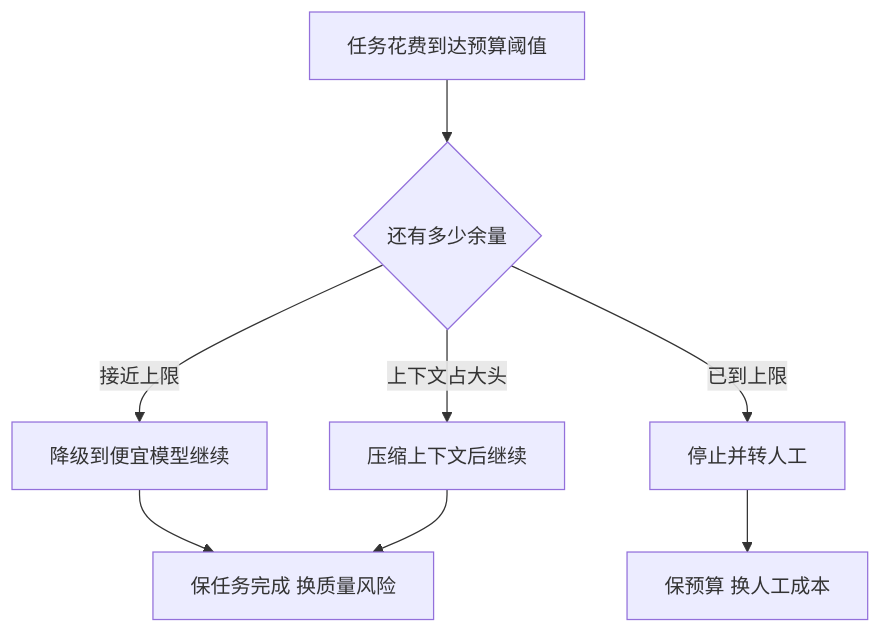
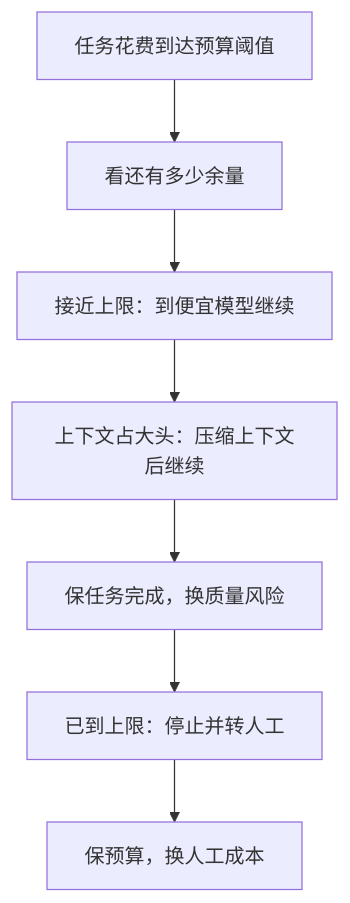
One commit to hub138/technical-knowledge changed the second of 3 diagrams in vault/工程知识/AI 系统工程：从模型能力到生产能力/质量与运营/成本控制要从上下文和重试两头下手.md. Above: the diagram before and after it, drawn with Mermaid. The commit also changed other lines of this file and 622 other files, not shown here.

````diff
--- a/vault/工程知识/AI 系统工程：从模型能力到生产能力/质量与运营/成本控制要从上下文和重试两头下手.md
+++ b/vault/工程知识/AI 系统工程：从模型能力到生产能力/质量与运营/成本控制要从上下文和重试两头下手.md
@@ -122,10 +129,9 @@
 ```mermaid
 flowchart TB
-    a["任务花费到达预算阈值"] --> b{"还有多少余量"}
-    b -->|"接近上限"| c1["降级到便宜模型继续"]
-    b -->|"上下文占大头"| c2["压缩上下文后继续"]
-    b -->|"已到上限"| c3["停止并转人工"]
-    c1 --> d["保任务完成 换质量风险"]
-    c2 --> d
-    c3 --> d2["保预算 换人工成本"]
+    a["任务花费到达预算阈值"] --> b["看还有多少余量"]
+    b --> c1["接近上限：到便宜模型继续"]
+    c1 --> c2["上下文占大头：压缩上下文后继续"]
+    c2 --> d["保任务完成，换质量风险"]
+    d --> c3["已到上限：停止并转人工"]
+    c3 --> d2["保预算，换人工成本"]
 ```
````
